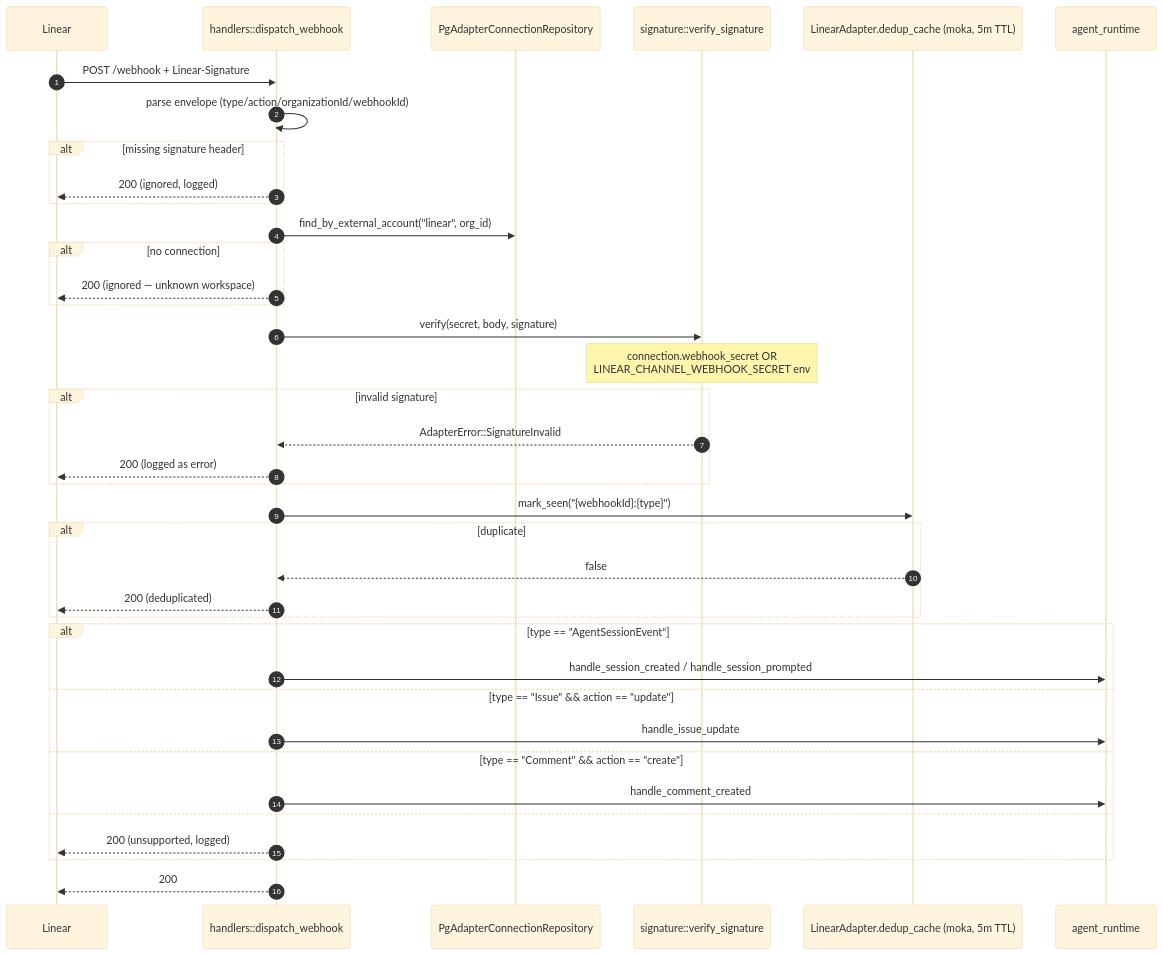
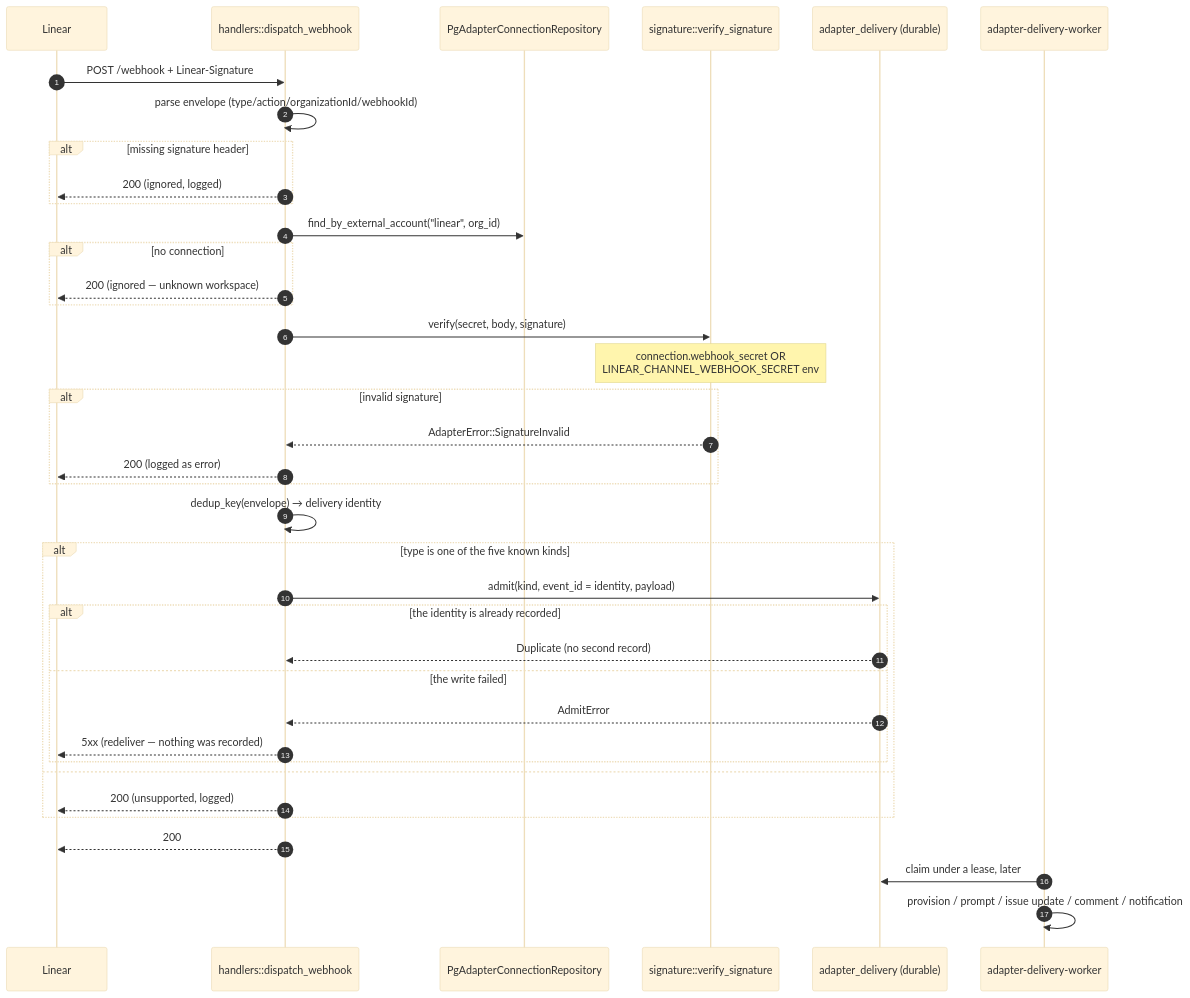
One commit to aorwall/moatless changed the first of 9 diagrams in docs/linear-adapter.md. Above: the diagram before and after it, drawn with Mermaid (base theme). The commit also changed other lines of this file and 61 other files, not shown here.

First line of the commit message:
refactor: land adapter delivery admission on main (#111)

````diff
--- a/docs/linear-adapter.md
+++ b/docs/linear-adapter.md
@@ -63,41 +67,41 @@
 ```mermaid
 sequenceDiagram
     autonumber
     participant Linear
     participant Dispatcher as handlers::dispatch_webhook
     participant ConnRepo as PgAdapterConnectionRepository
     participant Sig as signature::verify_signature
-    participant Dedup as LinearAdapter.dedup_cache (moka, 5m TTL)
-    participant Runtime as agent_runtime
+    participant Delivery as adapter_delivery (durable)
+    participant Worker as adapter-delivery-worker
 
     Linear->>Dispatcher: POST /webhook + Linear-Signature
     Dispatcher->>Dispatcher: parse envelope (type/action/organizationId/webhookId)
     alt missing signature header
         Dispatcher-->>Linear: 200 (ignored, logged)
     end
     Dispatcher->>ConnRepo: find_by_external_account("linear", org_id)
     alt no connection
         Dispatcher-->>Linear: 200 (ignored — unknown workspace)
     end
     Dispatcher->>Sig: verify(secret, body, signature)
     Note over Sig: connection.webhook_secret OR<br/>LINEAR_CHANNEL_WEBHOOK_SECRET env
     alt invalid signature
         Sig-->>Dispatcher: AdapterError::SignatureInvalid
         Dispatcher-->>Linear: 200 (logged as error)
     end
-    Dispatcher->>Dedup: mark_seen("{webhookId}:{type}")
-    alt duplicate
-        Dedup-->>Dispatcher: false
-        Dispatcher-->>Linear: 200 (deduplicated)
-    end
-    alt type == "AgentSessionEvent"
-        Dispatcher->>Runtime: handle_session_created / handle_session_prompted
-    else type == "Issue" && action == "update"
-        Dispatcher->>Runtime: handle_issue_update
-    else type == "Comment" && action == "create"
-        Dispatcher->>Runtime: handle_comment_created
+    Dispatcher->>Dispatcher: dedup_key(envelope) → delivery identity
+    alt type is one of the five known kinds
+        Dispatcher->>Delivery: admit(kind, event_id = identity, payload)
+        alt the identity is already recorded
+            Delivery-->>Dispatcher: Duplicate (no second record)
+        else the write failed
+            Delivery-->>Dispatcher: AdmitError
+            Dispatcher-->>Linear: 5xx (redeliver — nothing was recorded)
+        end
     else
         Dispatcher-->>Linear: 200 (unsupported, logged)
     end
     Dispatcher-->>Linear: 200
+    Worker->>Delivery: claim under a lease, later
+    Worker->>Worker: provision / prompt / issue update / comment / notification
 ```
````
